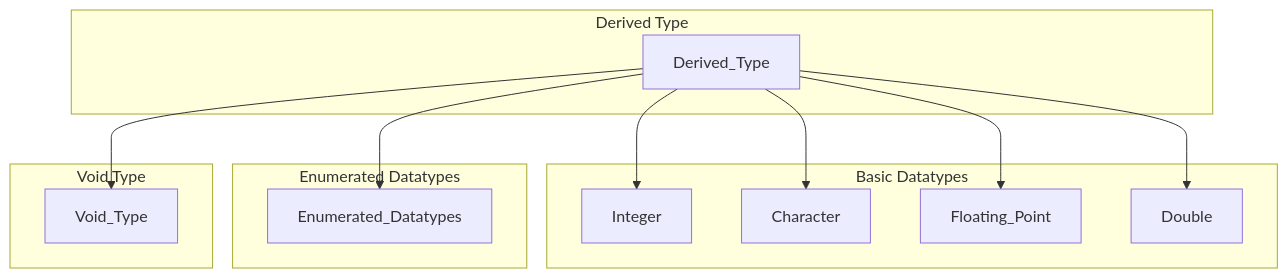
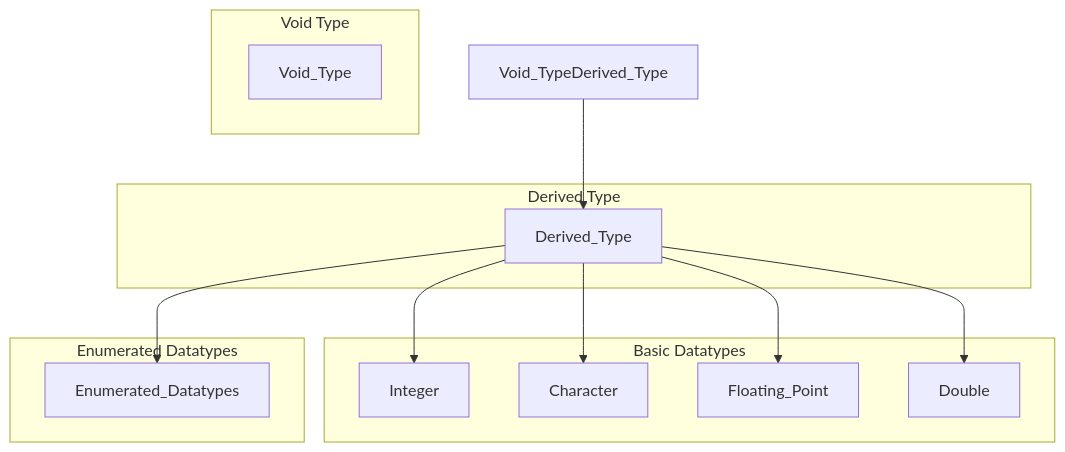
Before and after one commit to Kratospidey/abyss-of-info: the diagram in src/site/notes/College/Sem IV/DS/DS TEE QB/Intro to DS/ITDS Theory.md, drawn with Mermaid. The commit also changed other lines of this file, not shown here.

````diff
--- a/src/site/notes/College/Sem IV/DS/DS TEE QB/Intro to DS/ITDS Theory.md
+++ b/src/site/notes/College/Sem IV/DS/DS TEE QB/Intro to DS/ITDS Theory.md
@@ -9,24 +9,24 @@
 ```mermaid
 graph TD;
     subgraph Basic Datatypes
     Integer;
     Character;
     Floating_Point;
     Double;
     end
     subgraph Enumerated Datatypes
     Enumerated_Datatypes;
     end
     subgraph Void Type
     Void_Type;
     end
     subgraph Derived Type
     Derived_Type;
     end
     Derived_Type --> Integer;
     Derived_Type --> Character;
     Derived_Type --> Floating_Point;
     Derived_Type --> Double;
     Derived_Type --> Enumerated_Datatypes;
-    Derived_Type --> Void_Type;
+    Void_TypeDerived_Type --> Derived_Type;
 ```
````
